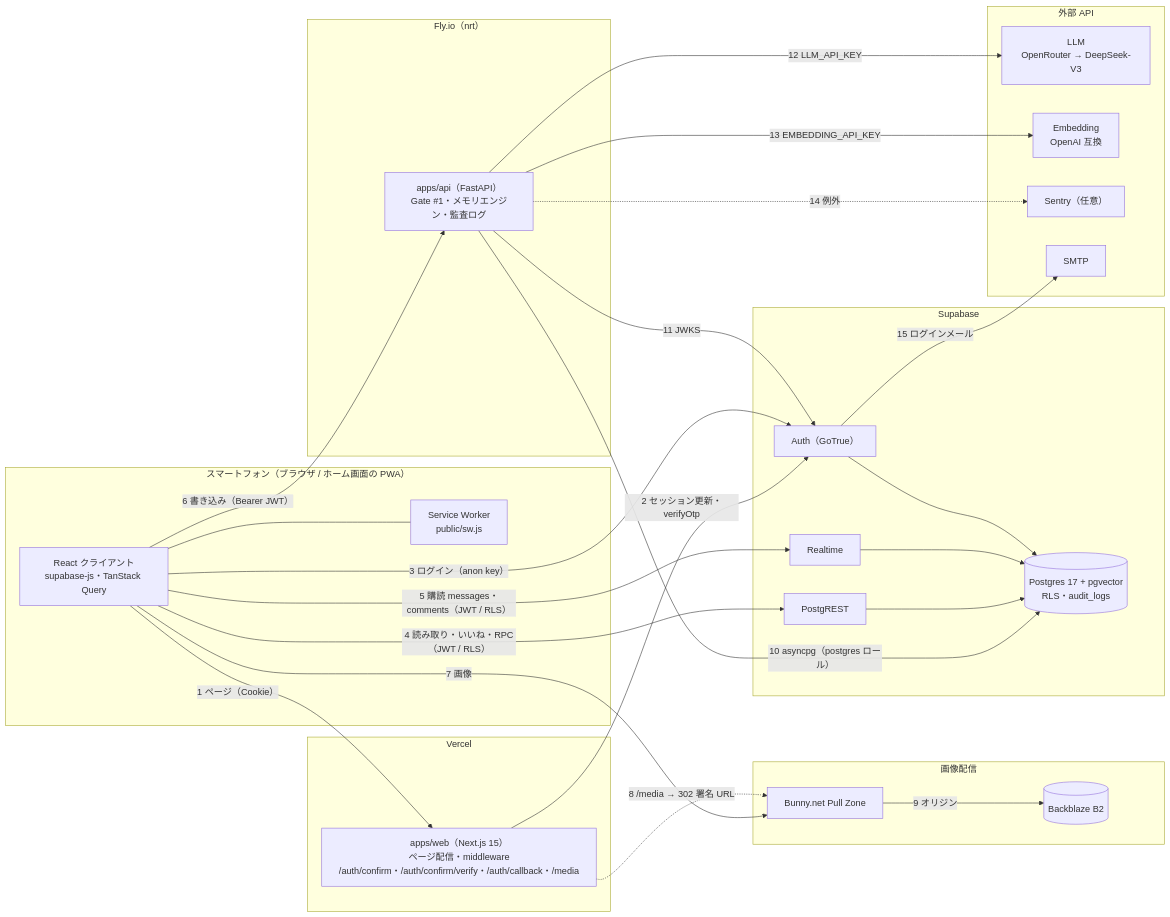
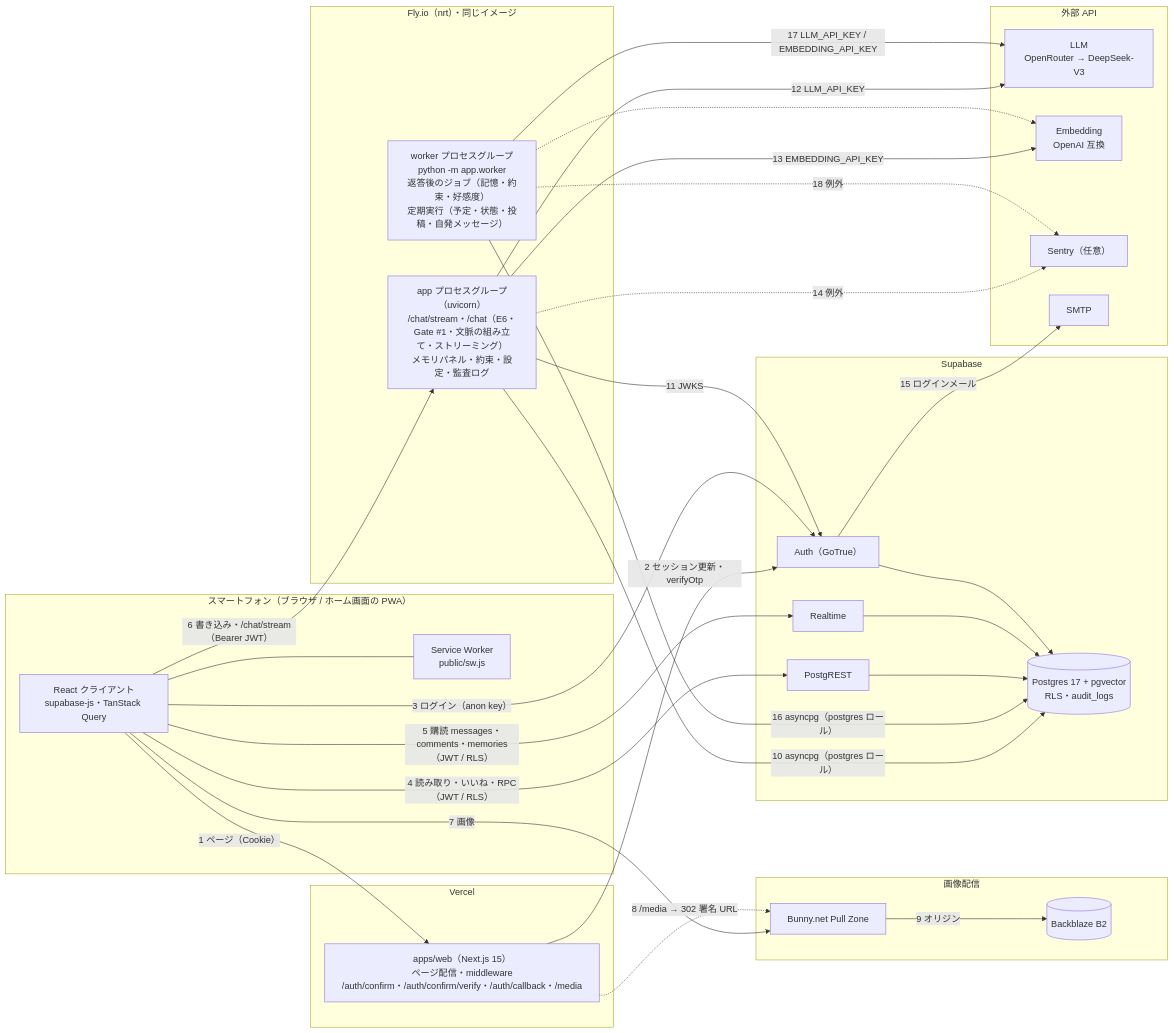
The first of 2 diagrams in docs/handover/01-architecture.md (tasuku-kobayashi/everkano), drawn with Mermaid before and after one commit. The commit also changed other lines of this file and 95 other files, not shown here.

````diff
--- a/docs/handover/01-architecture.md
+++ b/docs/handover/01-architecture.md
@@ -9,54 +14,59 @@
 ```mermaid
 flowchart LR
   subgraph Phone["スマートフォン（ブラウザ / ホーム画面の PWA）"]
     UI["React クライアント<br/>supabase-js・TanStack Query"]
     SW["Service Worker<br/>public/sw.js"]
   end
 
   subgraph Vercel["Vercel"]
     NEXT["apps/web（Next.js 15）<br/>ページ配信・middleware<br/>/auth/confirm・/auth/confirm/verify・/auth/callback・/media"]
   end
 
-  subgraph Fly["Fly.io（nrt）"]
-    API["apps/api（FastAPI）<br/>Gate #1・メモリエンジン・監査ログ"]
+  subgraph Fly["Fly.io（nrt）・同じイメージ"]
+    API["app プロセスグループ（uvicorn）<br/>/chat/stream・/chat（E6・Gate #1・文脈の組み立て・ストリーミング）<br/>メモリパネル・約束・設定・監査ログ"]
+    WORKER["worker プロセスグループ<br/>python -m app.worker<br/>返答後のジョブ（記憶・約束・好感度）<br/>定期実行（予定・状態・投稿・自発メッセージ）"]
   end
 
   subgraph Supa["Supabase"]
     AUTH["Auth（GoTrue）"]
     REST["PostgREST"]
     RT["Realtime"]
     PG[("Postgres 17 + pgvector<br/>RLS・audit_logs")]
   end
 
   subgraph Media["画像配信"]
     CDN["Bunny.net Pull Zone"]
     B2[("Backblaze B2")]
   end
 
   subgraph Ext["外部 API"]
     LLM["LLM<br/>OpenRouter → DeepSeek-V3"]
     EMB["Embedding<br/>OpenAI 互換"]
     SENTRY["Sentry（任意）"]
     SMTP["SMTP"]
   end
 
   UI --- SW
   UI -- "1 ページ（Cookie）" --> NEXT
   NEXT -- "2 セッション更新・verifyOtp" --> AUTH
   UI -- "3 ログイン（anon key）" --> AUTH
   UI -- "4 読み取り・いいね・RPC（JWT / RLS）" --> REST
-  UI -- "5 購読 messages・comments（JWT / RLS）" --> RT
-  UI -- "6 書き込み（Bearer JWT）" --> API
+  UI -- "5 購読 messages・comments・memories（JWT / RLS）" --> RT
+  UI -- "6 書き込み・/chat/stream（Bearer JWT）" --> API
   UI -- "7 画像" --> CDN
   NEXT -. "8 /media → 302 署名 URL" .-> CDN
   CDN -- "9 オリジン" --> B2
   API -- "10 asyncpg（postgres ロール）" --> PG
   API -- "11 JWKS" --> AUTH
   API -- "12 LLM_API_KEY" --> LLM
   API -- "13 EMBEDDING_API_KEY" --> EMB
   API -. "14 例外" .-> SENTRY
   AUTH -- "15 ログインメール" --> SMTP
+  WORKER -- "16 asyncpg（postgres ロール）" --> PG
+  WORKER -- "17 LLM_API_KEY / EMBEDDING_API_KEY" --> LLM
+  WORKER -.-> EMB
+  WORKER -. "18 例外" .-> SENTRY
   REST --> PG
   RT --> PG
   AUTH --> PG
 ```
````
